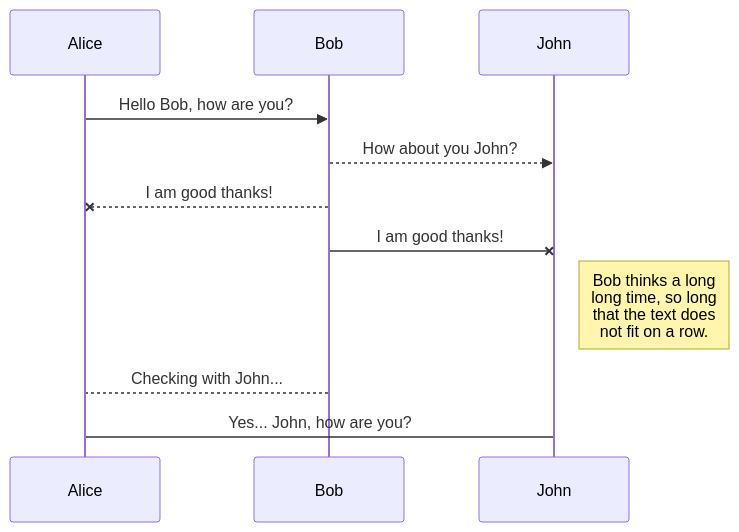
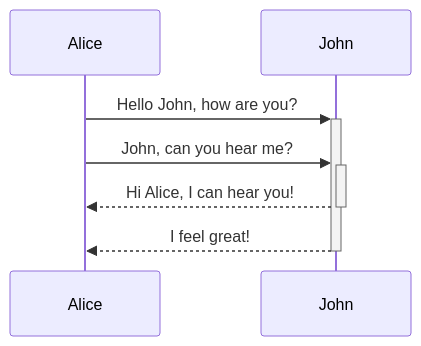
Before and after one commit to jiansongyang/scrapy-auto-translation-middleware: the diagram in README.md, drawn with Mermaid. The commit also changed other lines of this file, not shown here.

````diff
--- a/README.md
+++ b/README.md
@@ -76,11 +76,7 @@
 ```mermaid
 sequenceDiagram
-Alice ->> Bob: Hello Bob, how are you?
-Bob-->>John: How about you John?
-Bob--x Alice: I am good thanks!
-Bob-x John: I am good thanks!
-Note right of John: Bob thinks a long<br/>long time, so long<br/>that the text does<br/>not fit on a row.
-
-Bob-->Alice: Checking with John...
-Alice->John: Yes... John, how are you?
+    Alice->>+John: Hello John, how are you?
+    Alice->>+John: John, can you hear me?
+    John-->>-Alice: Hi Alice, I can hear you!
+    John-->>-Alice: I feel great!
 ```
````
